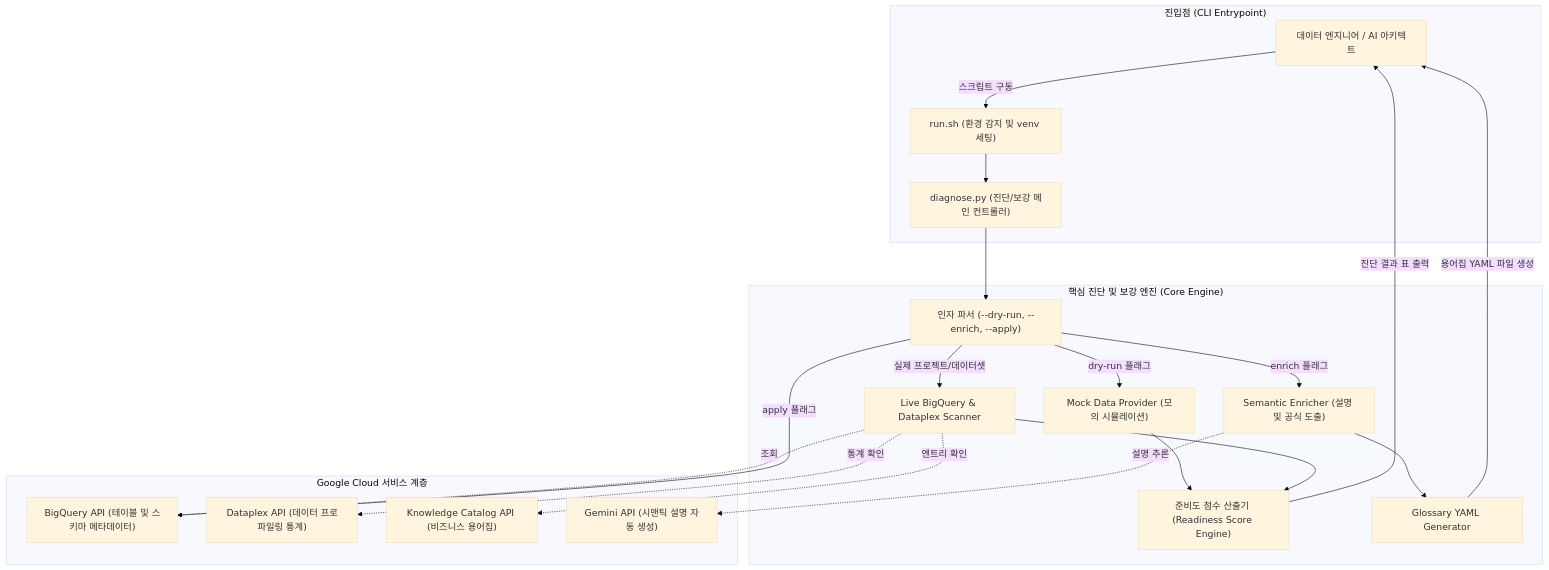
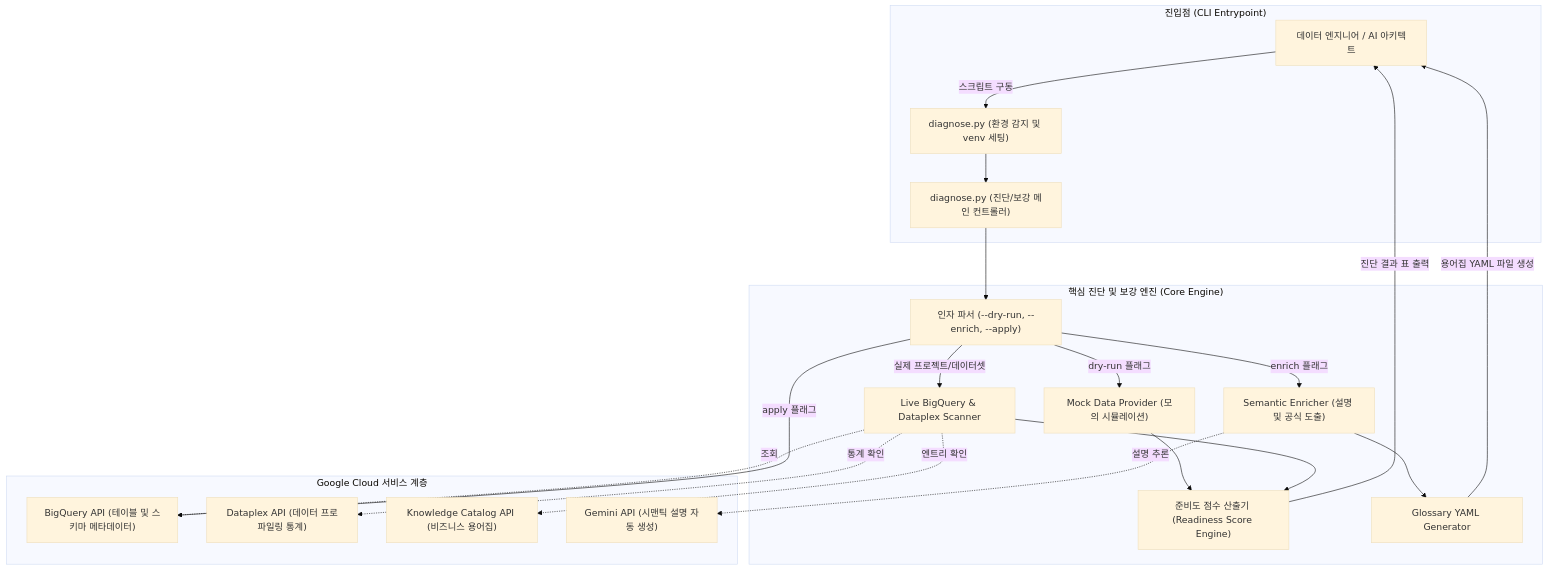
One commit to jiangjun-forge/google-cloud-0-to-1 changed the diagram in samples/bigquery-data-agent-semantic-enricher/docs/TDD.md. Above: the diagram before and after it, drawn with Mermaid (base theme). The commit also changed other lines of this file and 180 other files, not shown here.

````diff
--- a/samples/bigquery-data-agent-semantic-enricher/docs/TDD.md
+++ b/samples/bigquery-data-agent-semantic-enricher/docs/TDD.md
@@ -33,41 +33,41 @@
 ```mermaid
 flowchart TD
     subgraph CLI_Entry["진입점 (CLI Entrypoint)"]
         User["데이터 엔지니어 / AI 아키텍트"]
-        RunSh["run.sh (환경 감지 및 venv 세팅)"]
+        RunSh["diagnose.py (환경 감지 및 venv 세팅)"]
         DiagnosePy["diagnose.py (진단/보강 메인 컨트롤러)"]
     end
 
     subgraph Core_Engine["핵심 진단 및 보강 엔진 (Core Engine)"]
         ArgParser["인자 파서 (--dry-run, --enrich, --apply)"]
         ScoreEngine["준비도 점수 산출기 (Readiness Score Engine)"]
         MockProvider["Mock Data Provider (모의 시뮬레이션)"]
         LiveScanner["Live BigQuery & Dataplex Scanner"]
         Enricher["Semantic Enricher (설명 및 공식 도출)"]
         YamlGen["Glossary YAML Generator"]
     end
 
     subgraph GCP_Services["Google Cloud 서비스 계층"]
         BQ_Schema["BigQuery API (테이블 및 스키마 메타데이터)"]
         Dataplex_Profile["Dataplex API (데이터 프로파일링 통계)"]
         Knowledge_Catalog["Knowledge Catalog API (비즈니스 용어집)"]
         Gemini_AI["Gemini API (시맨틱 설명 자동 생성)"]
     end
 
     User -->|스크립트 구동| RunSh
     RunSh --> DiagnosePy
     DiagnosePy --> ArgParser
     ArgParser -->|dry-run 플래그| MockProvider
     ArgParser -->|실제 프로젝트/데이터셋| LiveScanner
     LiveScanner -.->|조회| BQ_Schema
     LiveScanner -.->|통계 확인| Dataplex_Profile
     LiveScanner -.->|엔트리 확인| Knowledge_Catalog
     MockProvider --> ScoreEngine
     LiveScanner --> ScoreEngine
     ScoreEngine -->|진단 결과 표 출력| User
     ArgParser -->|enrich 플래그| Enricher
     Enricher -.->|설명 추론| Gemini_AI
     Enricher --> YamlGen
     YamlGen -->|용어집 YAML 파일 생성| User
     ArgParser -->|apply 플래그| BQ_Schema
 ```
````
